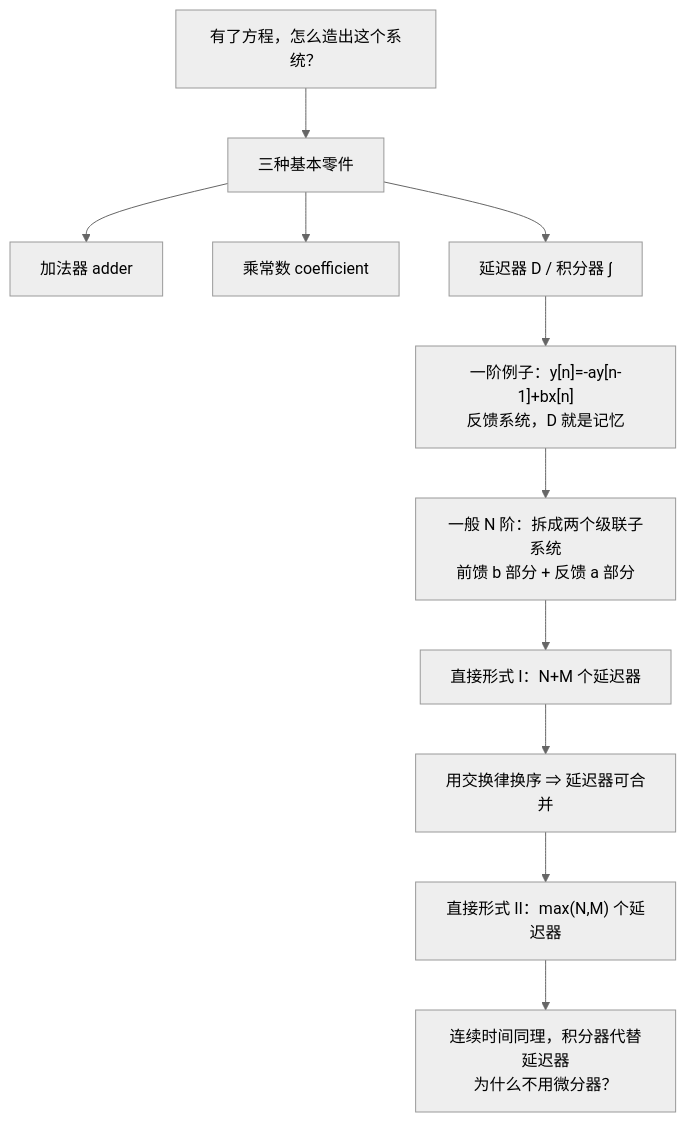
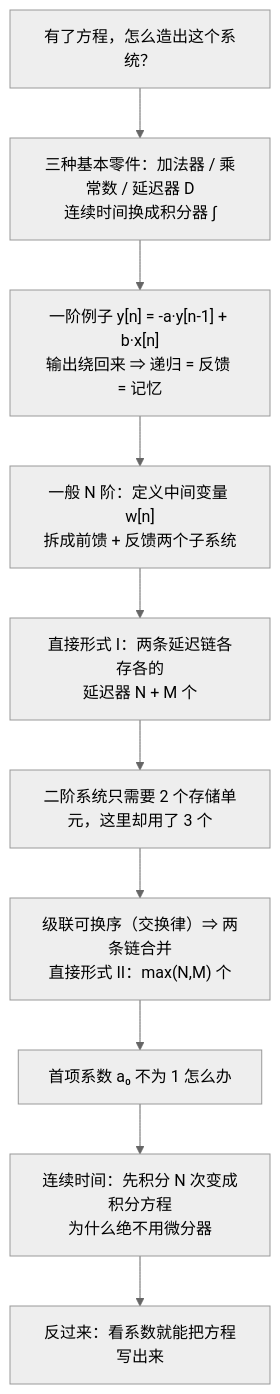
Before and after one commit to KayeAdams515/ClaudeNotes: the first of 5 diagrams in 信号与系统/C2.6 LTI系统的方框图表示.md, drawn with Mermaid (neutral theme). The commit also changed other lines of this file and 23 other files, not shown here.

````diff
--- a/信号与系统/C2.6 LTI系统的方框图表示.md
+++ b/信号与系统/C2.6 LTI系统的方框图表示.md
@@ -30,13 +40,12 @@
 ```mermaid
 flowchart TD
-    A["有了方程，怎么造出这个系统？"] --> B["三种基本零件"]
-    B --> B1["加法器 adder"]
-    B --> B2["乘常数 coefficient"]
-    B --> B3["延迟器 D / 积分器 ∫"]
-    B3 --> C["一阶例子：y[n]=-ay[n-1]+bx[n]<br/>反馈系统，D 就是记忆"]
-    C --> D["一般 N 阶：拆成两个级联子系统<br/>前馈 b 部分 + 反馈 a 部分"]
-    D --> E["直接形式 I：N+M 个延迟器"]
-    E --> F["用交换律换序 ⇒ 延迟器可合并"]
-    F --> G["直接形式 II：max(N,M) 个延迟器"]
-    G --> H["连续时间同理，积分器代替延迟器<br/>为什么不用微分器？"]
+    A["有了方程，怎么造出这个系统？"] --> B["三种基本零件：加法器 / 乘常数 / 延迟器 D<br/>连续时间换成积分器 ∫"]
+    B --> C["一阶例子 y[n] = -a·y[n-1] + b·x[n]<br/>输出绕回来 ⇒ 递归 = 反馈 = 记忆"]
+    C --> D["一般 N 阶：定义中间变量 w[n]<br/>拆成前馈 + 反馈两个子系统"]
+    D --> E["直接形式 I：两条延迟链各存各的<br/>延迟器 N + M 个"]
+    E --> F["二阶系统只需要 2 个存储单元，这里却用了 3 个"]
+    F --> G["级联可换序（交换律）⇒ 两条链合并<br/>直接形式 II：max(N,M) 个"]
+    G --> H["首项系数 a₀ 不为 1 怎么办"]
+    H --> I["连续时间：先积分 N 次变成积分方程<br/>为什么绝不用微分器"]
+    I --> J["反过来：看系数就能把方程写出来"]
 ```
````
